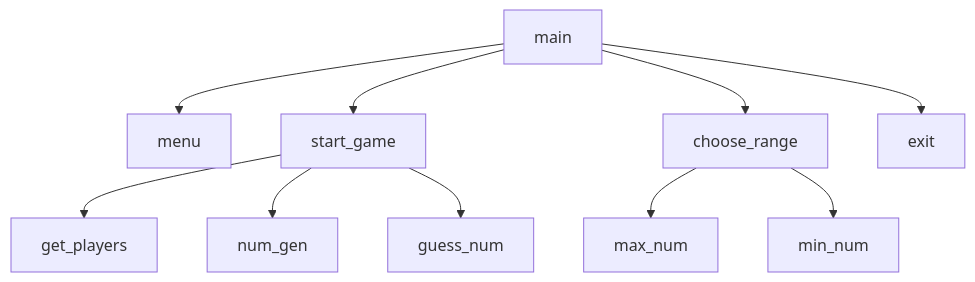
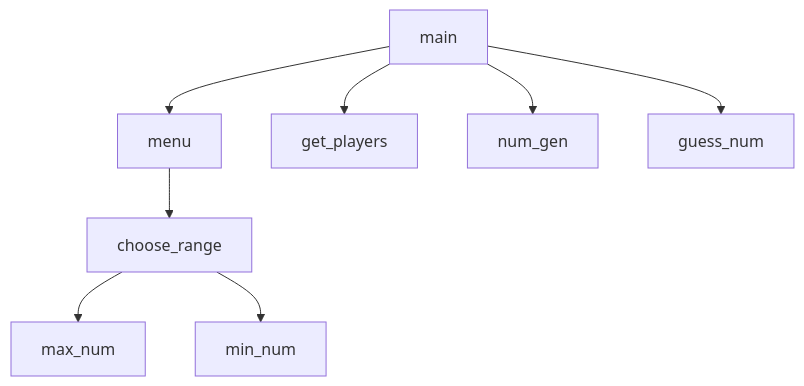
Before and after one commit to tateb14/random-number-game-project: the diagram in README.md, drawn with Mermaid. The commit also changed other lines of this file, not shown here.

Commit message:
Update README with flowchart and function details

````diff
--- a/README.md
+++ b/README.md
@@ -8,12 +8,10 @@
 ```mermaid
 graph TD;
   main-->menu;
-  main-->start_game;
-  main-->choose_range;
-  main-->exit;
-  start_game-->get_players;
-  start_game-->num_gen;
-  start_game-->guess_num;
+  menu-->choose_range;
+  main-->get_players;
+  main-->num_gen;
+  main-->guess_num;
   choose_range-->max_num;
   choose_range-->min_num;
 ```
````
